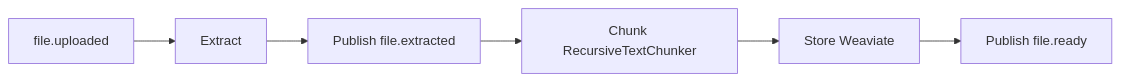
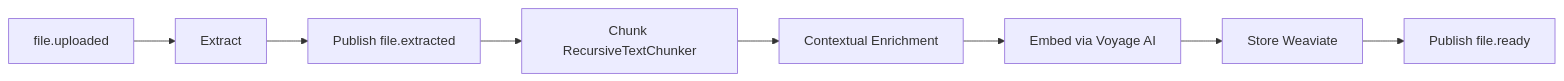
One commit to JackTran15/files-assistant-system changed the second of 3 diagrams in README.md. Above: the diagram before and after it, drawn with Mermaid. The commit also changed other lines of this file and 36 other files, not shown here.

````diff
--- a/README.md
+++ b/README.md
@@ -394,8 +397,10 @@
 ```mermaid
 flowchart LR
     A[file.uploaded] --> B[Extract]
     B --> C[Publish file.extracted]
     C --> D[Chunk RecursiveTextChunker]
-    D --> E[Store Weaviate]
-    E --> F[Publish file.ready]
+    D --> E[Contextual Enrichment]
+    E --> EV[Embed via Voyage AI]
+    EV --> F[Store Weaviate]
+    F --> G[Publish file.ready]
 ```
````
